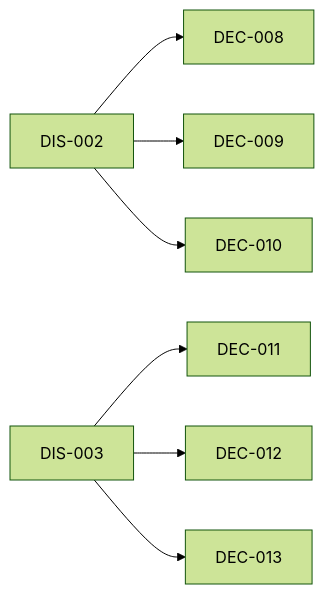
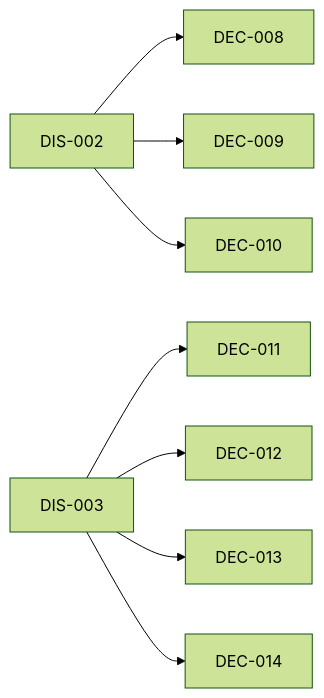
One commit to amartis/sonoai_research_notes changed the diagram in INDEX.md. Above: the diagram before and after it, drawn with Mermaid (forest theme). The commit also changed other lines of this file and 2 other files, not shown here.

First line of the commit message:
Add DEC-014: self-hosted Gogs as git remote; DIS-003 backups topic

````diff
--- a/INDEX.md
+++ b/INDEX.md
@@ -35,9 +36,10 @@
 ```mermaid
 flowchart LR
   DIS_002[DIS-002] --> DEC_008[DEC-008]
   DIS_002[DIS-002] --> DEC_009[DEC-009]
   DIS_002[DIS-002] --> DEC_010[DEC-010]
   DIS_003[DIS-003] --> DEC_011[DEC-011]
   DIS_003[DIS-003] --> DEC_012[DEC-012]
   DIS_003[DIS-003] --> DEC_013[DEC-013]
+  DIS_003[DIS-003] --> DEC_014[DEC-014]
 ```
````
